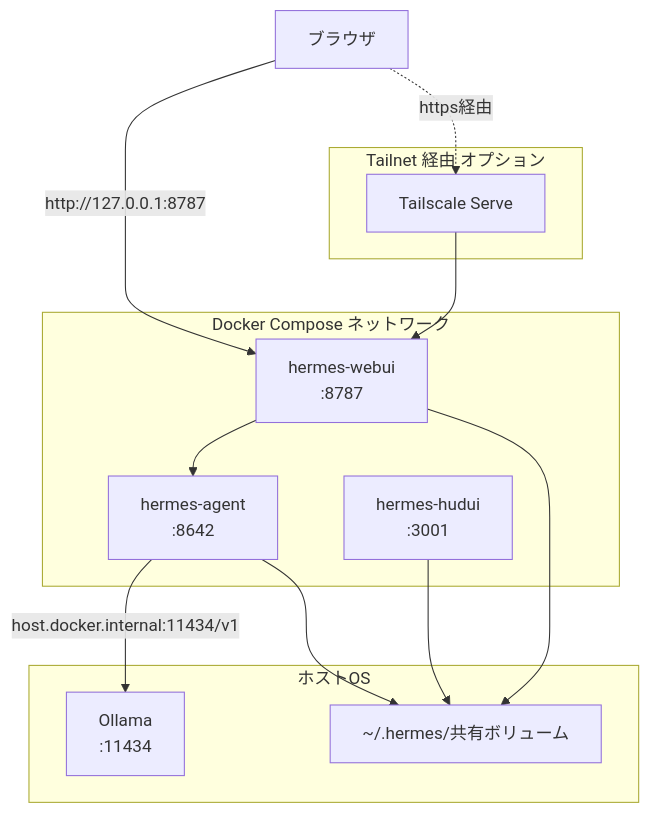
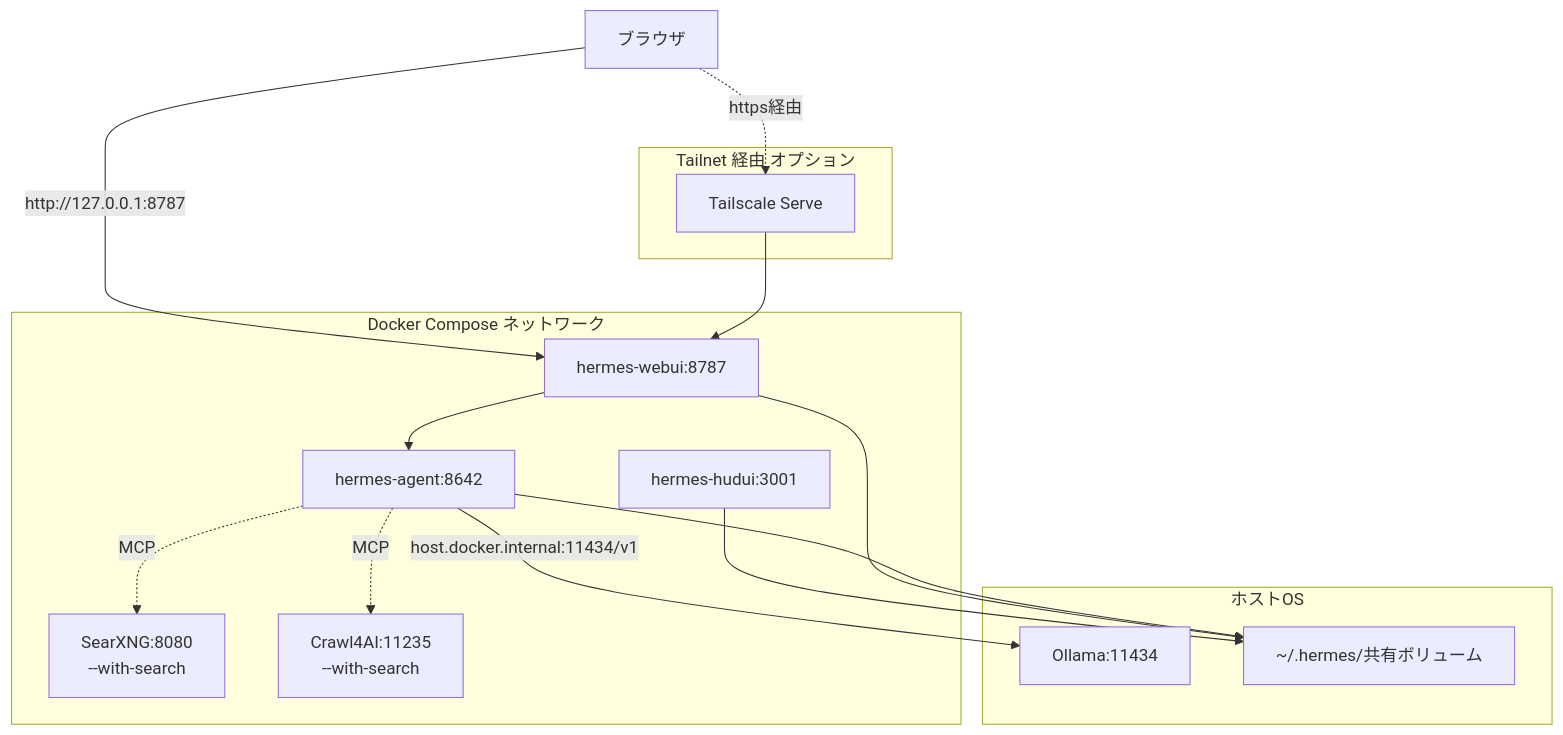
One commit to zephel01/hermes-docker-ollama-template changed the first of 2 diagrams in README.md. Above: the diagram before and after it, drawn with Mermaid. The commit also changed other lines of this file and 18 other files, not shown here.

````diff
--- a/README.md
+++ b/README.md
@@ -45,25 +47,29 @@
 ```mermaid
 flowchart TB
     Browser[ブラウザ]
     subgraph Tailscale[Tailnet 経由 オプション]
         TS[Tailscale Serve]
     end
     subgraph Docker[Docker Compose ネットワーク]
-        WebUI[hermes-webui<br/>:8787]
-        Agent[hermes-agent<br/>:8642]
-        HUD[hermes-hudui<br/>:3001]
+        WebUI[hermes-webui:8787]
+        Agent[hermes-agent:8642]
+        HUD[hermes-hudui:3001]
+        SearXNG[SearXNG:8080<br/>--with-search]
+        Crawl4AI[Crawl4AI:11235<br/>--with-search]
     end
     subgraph Host[ホストOS]
-        Ollama[Ollama<br/>:11434]
+        Ollama[Ollama:11434]
         Hermes[~/.hermes/共有ボリューム]
     end
 
     Browser -->|http://127.0.0.1:8787| WebUI
     Browser -. https経由 .-> TS
     TS --> WebUI
     WebUI --> Agent
     Agent -->|host.docker.internal:11434/v1| Ollama
+    Agent -. MCP .-> SearXNG
+    Agent -. MCP .-> Crawl4AI
     HUD --> Hermes
     WebUI --> Hermes
     Agent --> Hermes
 ```
````
